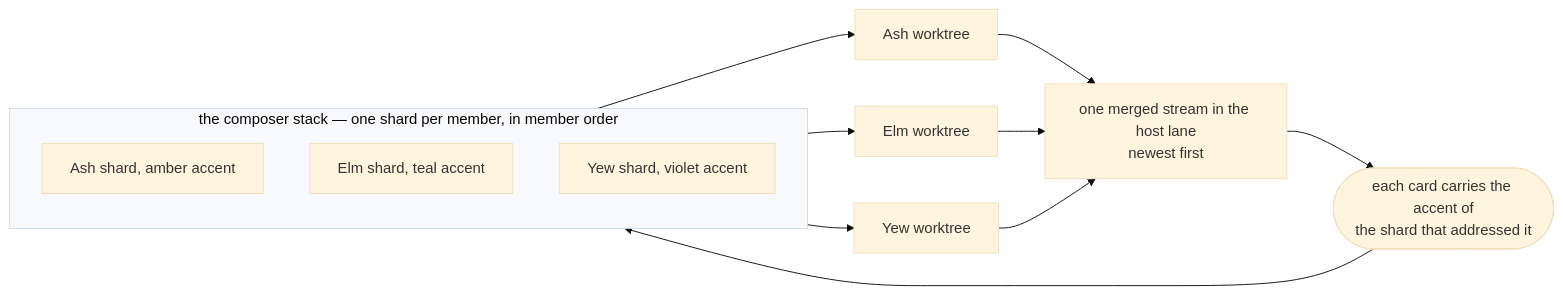
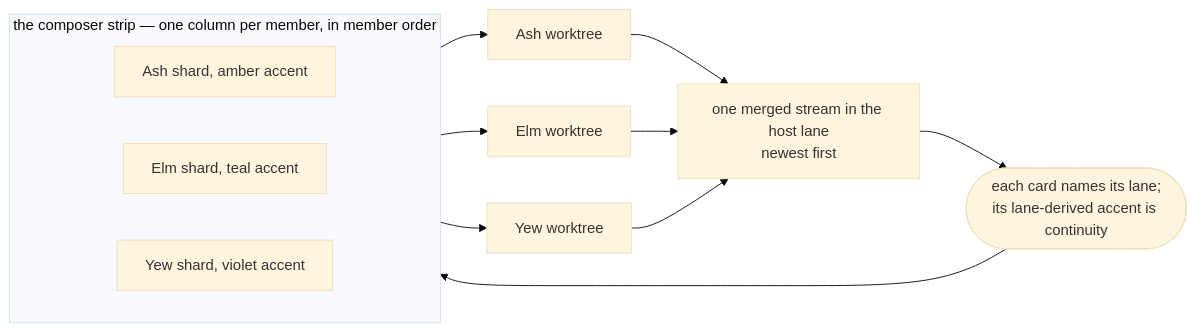
Before and after one commit to infimalabs/spice-rust: diagram 18 of 25 in docs/product/value.md, drawn with Mermaid (base theme). The commit also changed other lines of this file and 71 other files, not shown here.

````diff
--- a/docs/product/value.md
+++ b/docs/product/value.md
@@ -368,17 +445,17 @@
 ```mermaid
 flowchart LR
-  subgraph STACK["the composer stack — one shard per member, in member order"]
-    direction TB
+  subgraph STRIP["the composer strip — one column per member, in member order"]
+    direction LR
     AshShard["Ash shard, amber accent"]
     ElmShard["Elm shard, teal accent"]
     YewShard["Yew shard, violet accent"]
   end
   AshShard --> AshWorktree["Ash worktree"]
   ElmShard --> ElmWorktree["Elm worktree"]
   YewShard --> YewWorktree["Yew worktree"]
   AshWorktree --> M["one merged stream in the host lane<br/>newest first"]
   ElmWorktree --> M
   YewWorktree --> M
-  M --> A(["each card carries the accent of<br/>the shard that addressed it"])
-  A --> STACK
+  M --> A(["each card names its lane;<br/>its lane-derived accent is continuity"])
+  A --> STRIP
 ```
````
